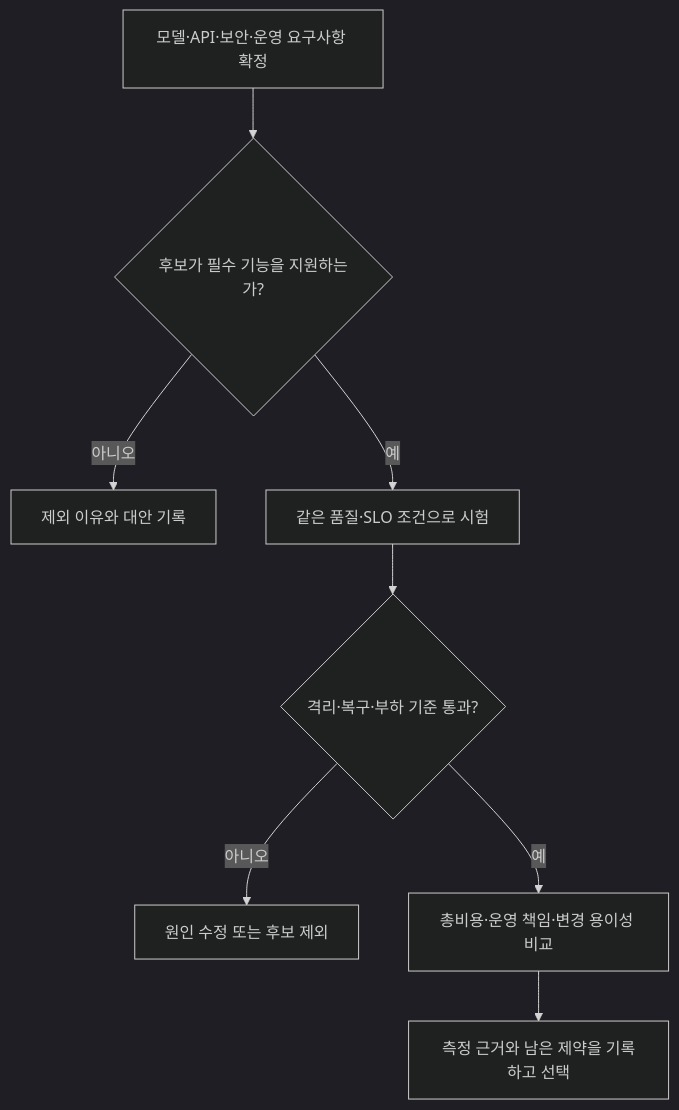
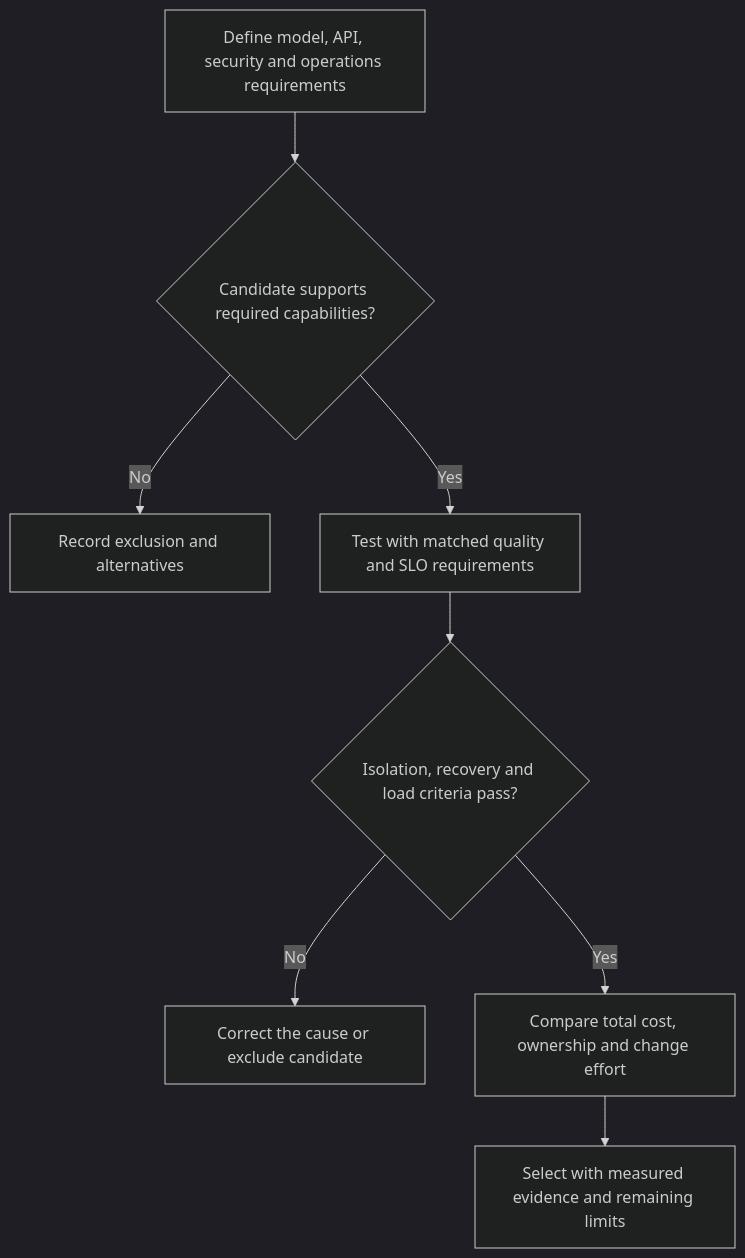
Before and after one commit to devfloor9/engineering-playbook: the second of 2 diagrams in docs/benchmarks/agentcore-vs-eks-inference.md, drawn with Mermaid (dark theme). The commit also changed other lines of this file and 954 other files, not shown here.

````diff
--- a/docs/benchmarks/agentcore-vs-eks-inference.md
+++ b/docs/benchmarks/agentcore-vs-eks-inference.md
@@ -215,10 +215,10 @@
 ```mermaid
 flowchart TD
-    A[모델·API·보안·운영 요구사항 확정] --> B{후보가 필수 기능을 지원하는가?}
-    B -->|아니오| C[제외 이유와 대안 기록]
-    B -->|예| D[같은 품질·SLO 조건으로 시험]
-    D --> E{격리·복구·부하 기준 통과?}
-    E -->|아니오| F[원인 수정 또는 후보 제외]
-    E -->|예| G[총비용·운영 책임·변경 용이성 비교]
-    G --> H[측정 근거와 남은 제약을 기록하고 선택]
+    A[Define model, API, security and operations requirements] --> B{Candidate supports required capabilities?}
+    B -->|No| C[Record exclusion and alternatives]
+    B -->|Yes| D[Test with matched quality and SLO requirements]
+    D --> E{Isolation, recovery and load criteria pass?}
+    E -->|No| F[Correct the cause or exclude candidate]
+    E -->|Yes| G[Compare total cost, ownership and change effort]
+    G --> H[Select with measured evidence and remaining limits]
 ```
````
